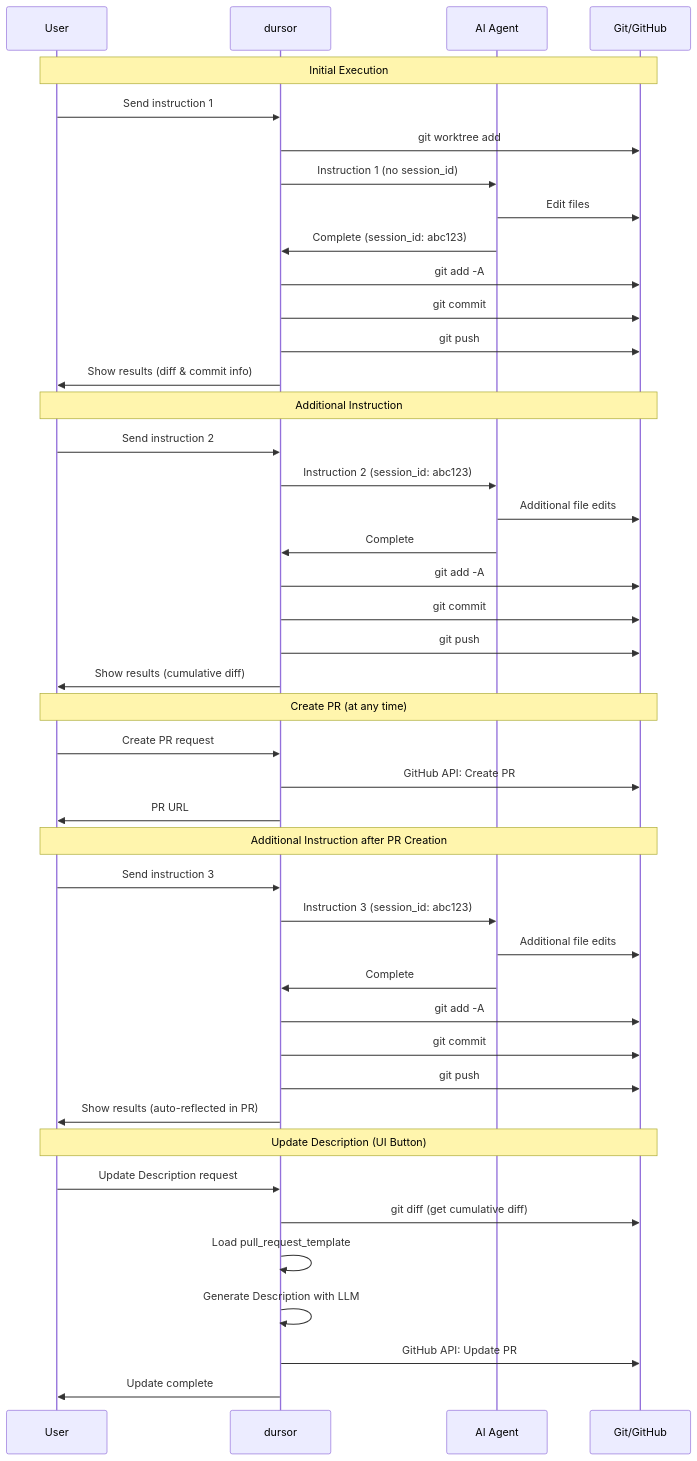
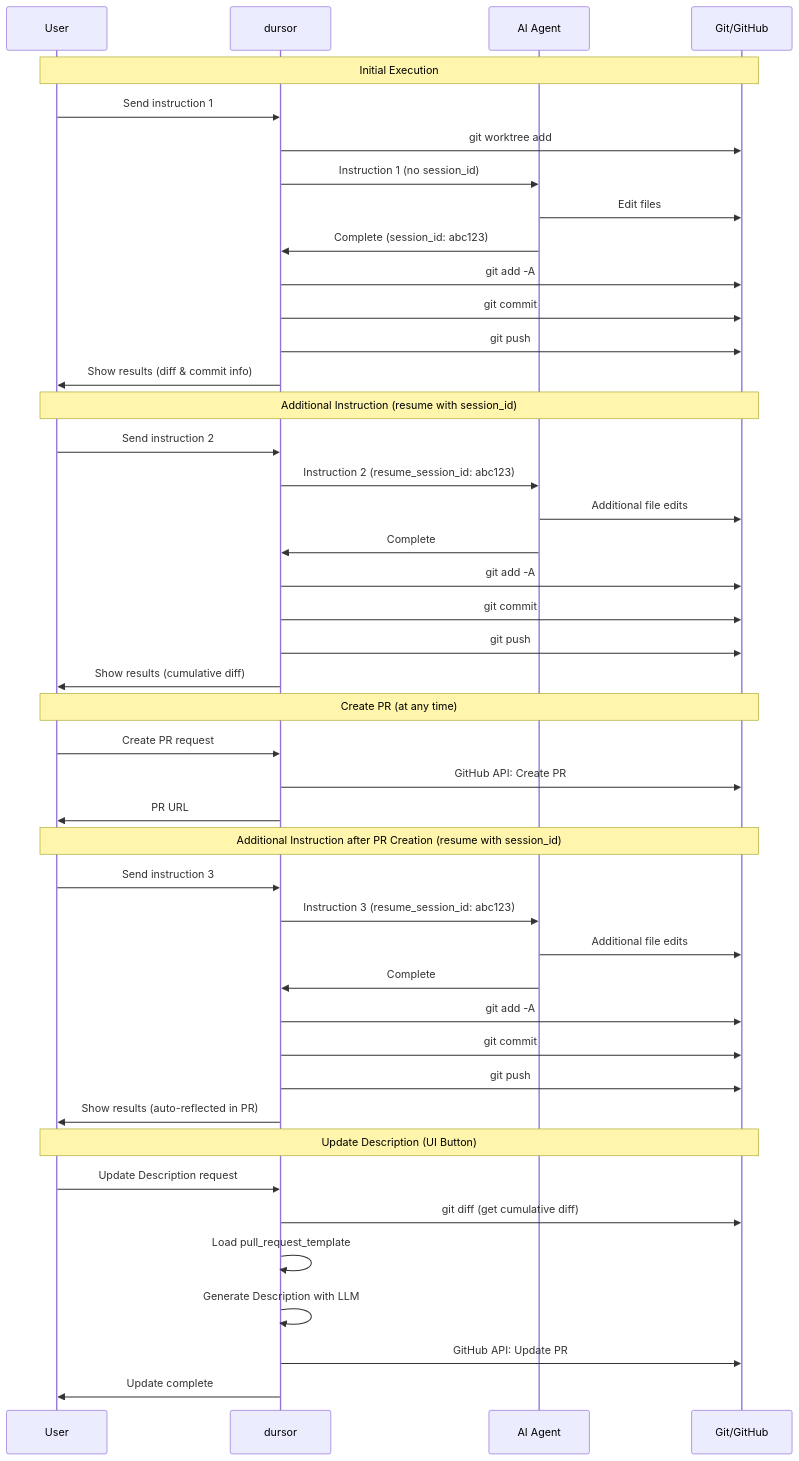
One commit to hampen2929/dursor changed the sixth of 9 diagrams in docs/git_operation_design.md. Above: the diagram before and after it, drawn with Mermaid. The commit also changed other lines of this file and 5 other files, not shown here.

````diff
--- a/docs/git_operation_design.md
+++ b/docs/git_operation_design.md
@@ -778,51 +777,51 @@
 ```mermaid
 sequenceDiagram
     participant U as User
     participant D as dursor
     participant A as AI Agent
     participant G as Git/GitHub
 
     Note over U,G: Initial Execution
     U->>D: Send instruction 1
     D->>G: git worktree add
     D->>A: Instruction 1 (no session_id)
     A->>G: Edit files
     A->>D: Complete (session_id: abc123)
     D->>G: git add -A
     D->>G: git commit
     D->>G: git push
     D->>U: Show results (diff & commit info)
 
-    Note over U,G: Additional Instruction
+    Note over U,G: Additional Instruction (resume with session_id)
     U->>D: Send instruction 2
-    D->>A: Instruction 2 (session_id: abc123)
+    D->>A: Instruction 2 (resume_session_id: abc123)
     A->>G: Additional file edits
     A->>D: Complete
     D->>G: git add -A
     D->>G: git commit
     D->>G: git push
     D->>U: Show results (cumulative diff)
 
     Note over U,G: Create PR (at any time)
     U->>D: Create PR request
     D->>G: GitHub API: Create PR
     D->>U: PR URL
 
-    Note over U,G: Additional Instruction after PR Creation
+    Note over U,G: Additional Instruction after PR Creation (resume with session_id)
     U->>D: Send instruction 3
-    D->>A: Instruction 3 (session_id: abc123)
+    D->>A: Instruction 3 (resume_session_id: abc123)
     A->>G: Additional file edits
     A->>D: Complete
     D->>G: git add -A
     D->>G: git commit
     D->>G: git push
     D->>U: Show results (auto-reflected in PR)
 
     Note over U,G: Update Description (UI Button)
     U->>D: Update Description request
     D->>G: git diff (get cumulative diff)
     D->>D: Load pull_request_template
     D->>D: Generate Description with LLM
     D->>G: GitHub API: Update PR
     D->>U: Update complete
 ```
````
